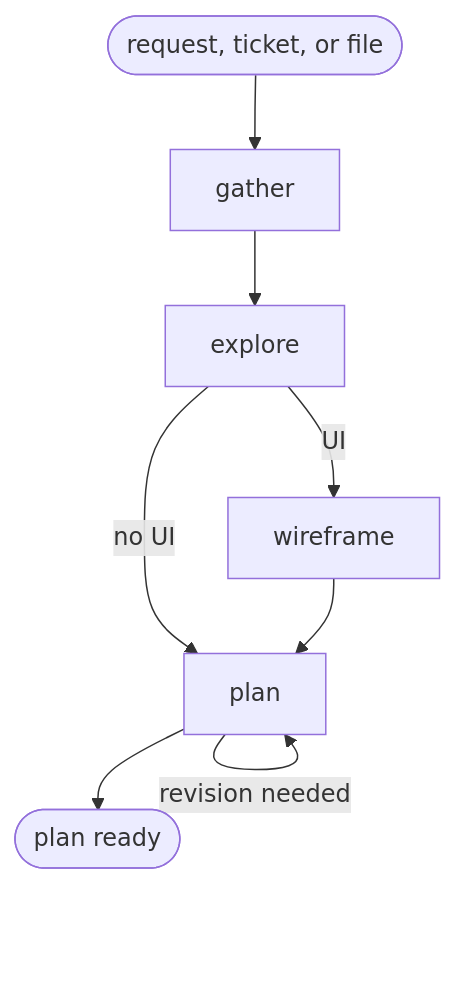
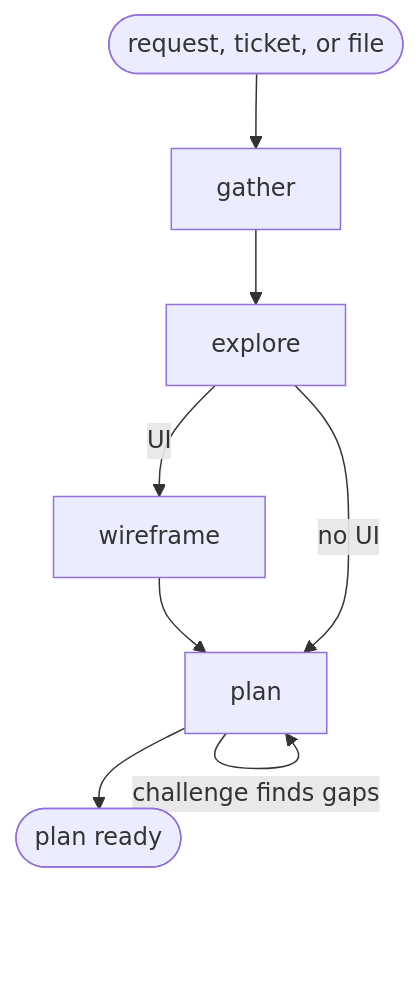
Before and after one commit to ai-driven-dev/framework: the diagram in plugins/aidd-dev/skills/01-plan/SKILL.md, drawn with Mermaid. The commit also changed other lines of this file and 20 other files, not shown here.

````diff
--- a/plugins/aidd-dev/skills/01-plan/SKILL.md
+++ b/plugins/aidd-dev/skills/01-plan/SKILL.md
@@ -9,10 +9,8 @@
 ```mermaid
 flowchart TD
-  Request([request, ticket, or file]) --> gather
-  gather --> explore
-  explore -- UI --> wireframe
+  Request([request, ticket, or file]) --> gather --> explore
+  explore -- UI --> wireframe --> plan
   explore -- no UI --> plan
-  wireframe --> plan
-  plan -- revision needed --> plan
+  plan -- challenge finds gaps --> plan
   plan --> Ready([plan ready])
 ```
````
